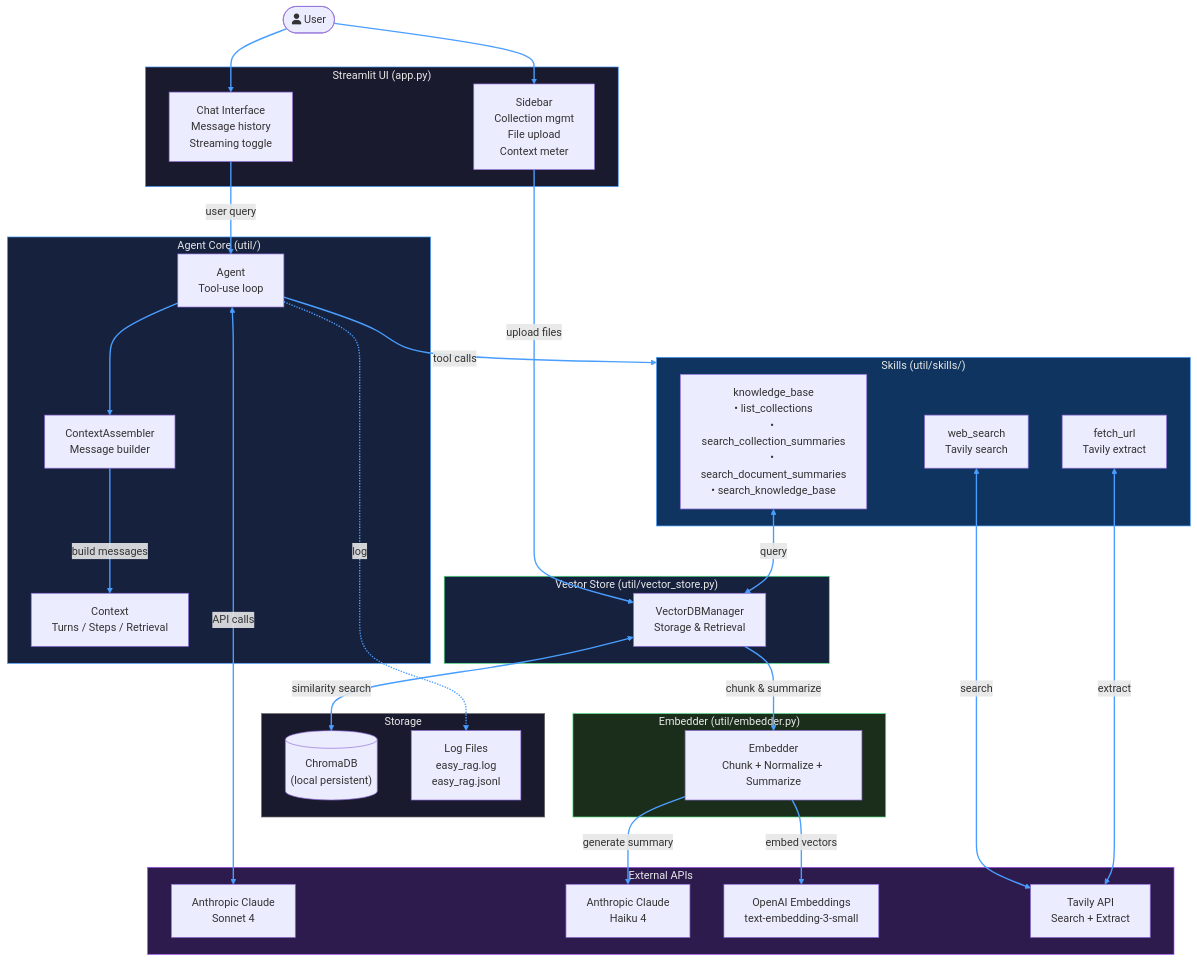
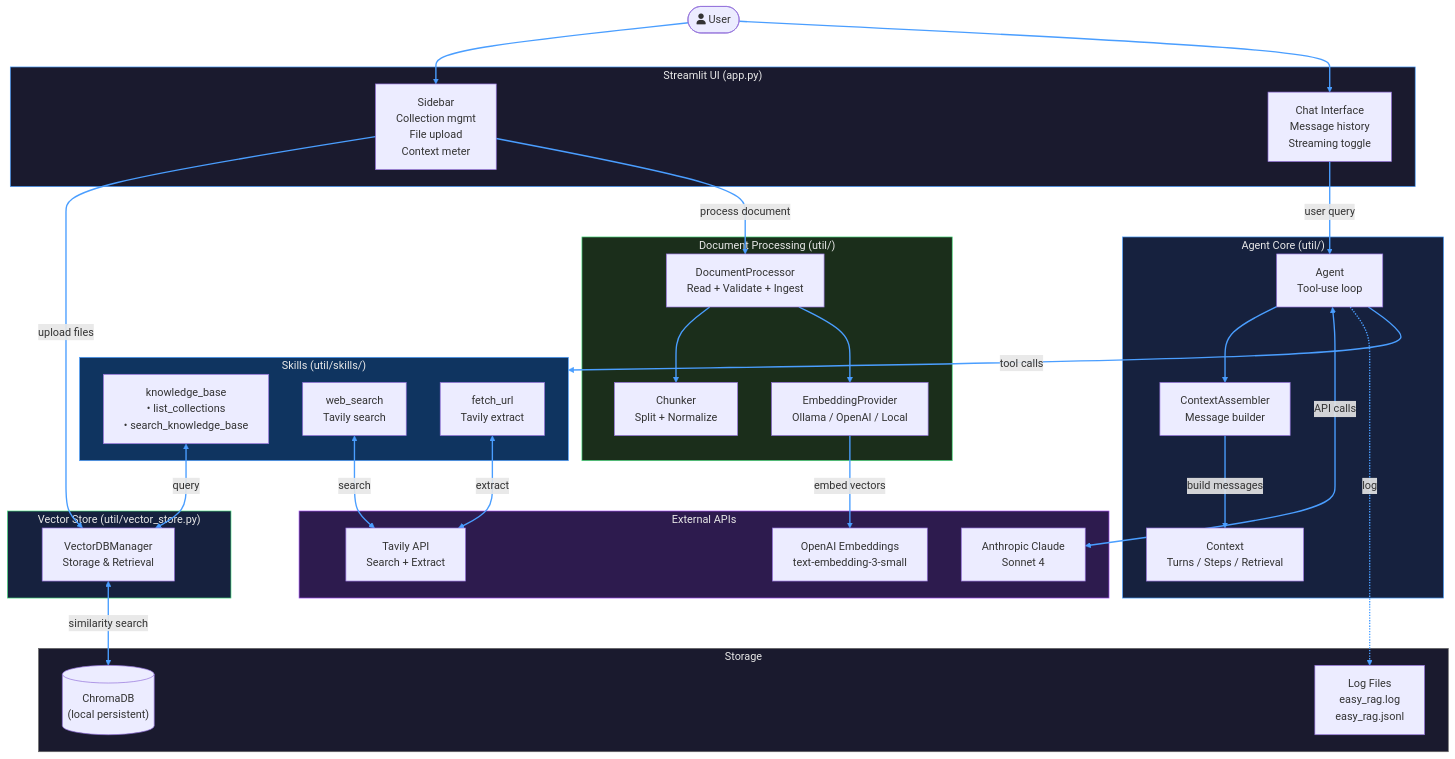
The first of 3 diagrams in README.md (JosiahKeime/AIAssistant), drawn with Mermaid before and after one commit. The commit also changed other lines of this file and 13 other files, not shown here.

Commit message:
Refactor to flat RAG with pluggable embeddings and direct chunk search.

````diff
--- a/README.md
+++ b/README.md
@@ -29,70 +29,71 @@
 ```mermaid
 graph TB
     User([fa:fa-user User])
 
     subgraph Streamlit["Streamlit UI (app.py)"]
         Sidebar["Sidebar<br/>Collection mgmt<br/>File upload<br/>Context meter"]
         Chat["Chat Interface<br/>Message history<br/>Streaming toggle"]
     end
 
     subgraph AgentCore["Agent Core (util/)"]
         Agent["Agent<br/>Tool-use loop"]
         CA["ContextAssembler<br/>Message builder"]
         Ctx["Context<br/>Turns / Steps / Retrieval"]
     end
 
     subgraph Skills["Skills (util/skills/)"]
-        KB["knowledge_base<br/>• list_collections<br/>• search_collection_summaries<br/>• search_document_summaries<br/>• search_knowledge_base"]
+        KB["knowledge_base<br/>• list_collections<br/>• search_knowledge_base"]
         WS["web_search<br/>Tavily search"]
         FU["fetch_url<br/>Tavily extract"]
     end
 
     subgraph StorageLayer["Vector Store (util/vector_store.py)"]
         VSM["VectorDBManager<br/>Storage & Retrieval"]
     end
 
     subgraph Storage["Storage"]
         Chroma[("ChromaDB<br/>(local persistent)")]
         Logs["Log Files<br/>easy_rag.log<br/>easy_rag.jsonl"]
     end
 
     subgraph External["External APIs"]
         Claude["Anthropic Claude<br/>Sonnet 4"]
-        Haiku["Anthropic Claude<br/>Haiku 4"]
         OpenAI["OpenAI Embeddings<br/>text-embedding-3-small"]
         Tavily["Tavily API<br/>Search + Extract"]
     end
 
-    subgraph Embedding["Embedder (util/embedder.py)"]
-        Embedder["Embedder<br/>Chunk + Normalize + Summarize"]
+    subgraph Embedding["Document Processing (util/)"]
+        Processor["DocumentProcessor<br/>Read + Validate + Ingest"]
+        Chunker["Chunker<br/>Split + Normalize"]
+        Provider["EmbeddingProvider<br/>Ollama / OpenAI / Local"]
     end
 
     User --> Sidebar
     User --> Chat
     Sidebar -->|"upload files"| VSM
     Chat -->|"user query"| Agent
     Agent --> CA
     CA -->|"build messages"| Ctx
     Agent <-->|"API calls"| Claude
     Agent -->|"tool calls"| Skills
     KB <-->|"query"| VSM
     VSM <-->|"similarity search"| Chroma
-    VSM -->|"chunk & summarize"| Embedder
+    Sidebar -->|"process document"| Processor
+    Processor --> Chunker
+    Processor --> Provider
+    Provider -->|"embed vectors"| OpenAI
     WS <-->|"search"| Tavily
     FU <-->|"extract"| Tavily
-
-    Embedder -->|"generate summary"| Haiku
-    Embedder -->|"embed vectors"| OpenAI
 
     Agent -.->|"log"| Logs
 
     style Streamlit fill:#1a1a2e,stroke:#4a9eff,color:#e8e8e8
     style AgentCore fill:#16213e,stroke:#4a9eff,color:#e8e8e8
     style Skills fill:#0f3460,stroke:#4a9eff,color:#e8e8e8
     style StorageLayer fill:#16213e,stroke:#4ade80,color:#e8e8e8
     style Storage fill:#1a1a2e,stroke:#666,color:#e8e8e8
     style External fill:#2d1b4e,stroke:#a855f7,color:#e8e8e8
     style Embedding fill:#1b2e1b,stroke:#4ade80,color:#e8e8e8
 
     linkStyle default stroke:#4a9eff,stroke-width:2px
 ```
````
